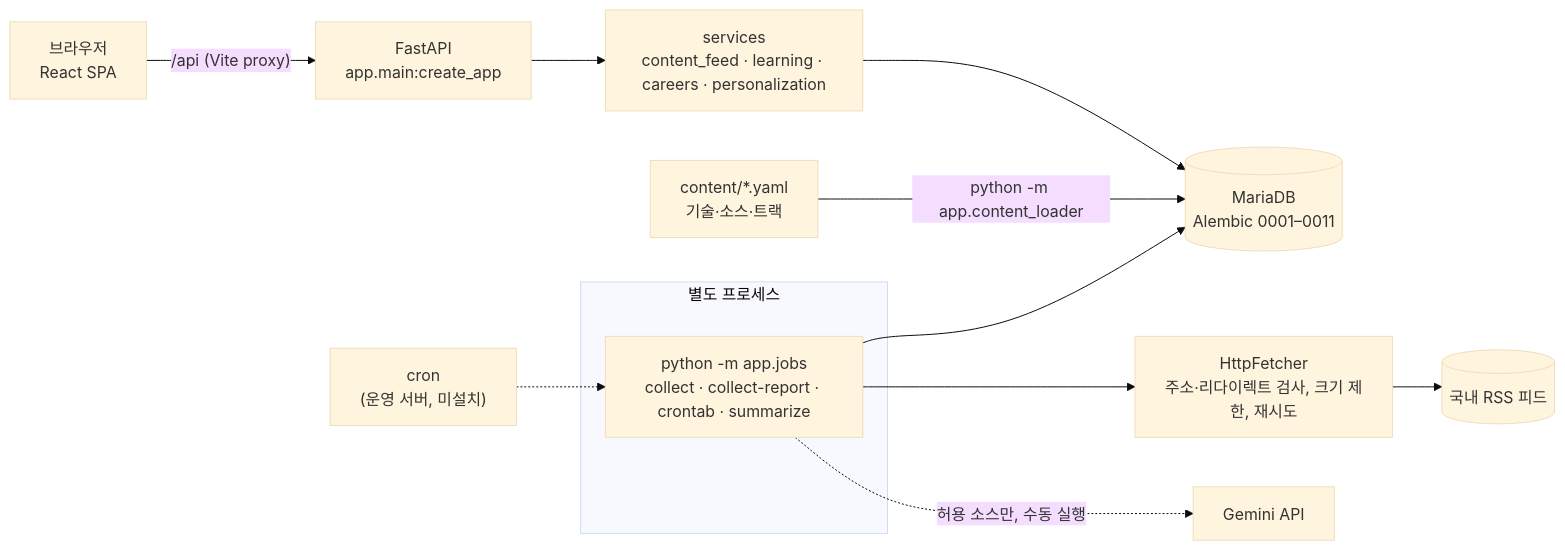
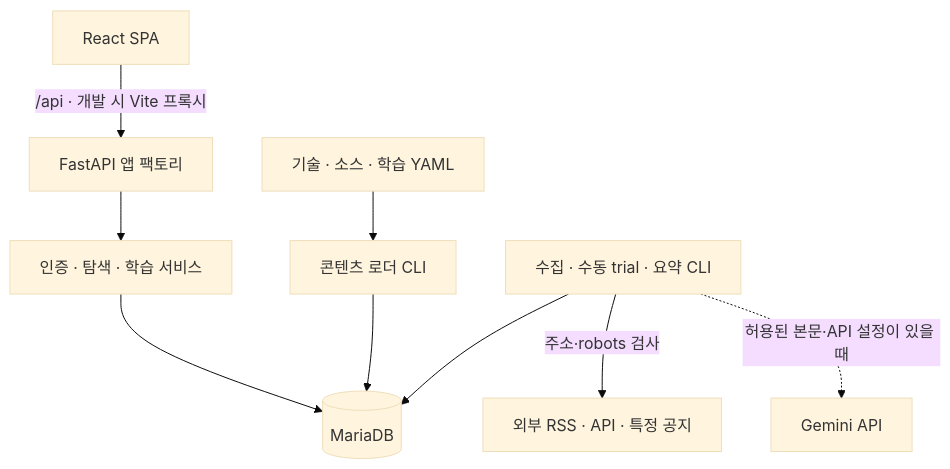
The diagram in README.md (jinhansol/IT-Trend-Fusionb-server), drawn with Mermaid (base theme) before and after one commit. The commit also changed other lines of this file, not shown here.

````diff
--- a/README.md
+++ b/README.md
@@ -67,15 +60,11 @@
 ```mermaid
-flowchart LR
-  B["브라우저<br/>React SPA"] -- "/api (Vite proxy)" --> API["FastAPI<br/>app.main:create_app"]
-  API --> SVC["services<br/>content_feed · learning · careers · personalization"]
-  SVC --> DB[("MariaDB<br/>Alembic 0001–0011")]
-  Y["content/*.yaml<br/>기술·소스·트랙"] -- "python -m app.content_loader" --> DB
-  CRON["cron<br/>(운영 서버, 미설치)"] -.-> JOB
-  subgraph JOB_P["별도 프로세스"]
-    JOB["python -m app.jobs<br/>collect · collect-report · crontab · summarize"]
-  end
-  JOB --> F["HttpFetcher<br/>주소·리다이렉트 검사, 크기 제한, 재시도"]
-  F --> RSS[("국내 RSS 피드")]
-  JOB --> DB
-  JOB -. "허용 소스만, 수동 실행" .-> G["Gemini API"]
+flowchart TD
+  Browser["React SPA"] -->|"/api · 개발 시 Vite 프록시"| API["FastAPI 앱 팩토리"]
+  API --> Services["인증 · 탐색 · 학습 서비스"]
+  Services --> DB[("MariaDB")]
+  YAML["기술 · 소스 · 학습 YAML"] --> Loader["콘텐츠 로더 CLI"]
+  Loader --> DB
+  Jobs["수집 · 수동 trial · 요약 CLI"] -->|"주소·robots 검사"| HTTP["외부 RSS · API · 특정 공지"]
+  Jobs --> DB
+  Jobs -. "허용된 본문·API 설정이 있을 때" .-> Gemini["Gemini API"]
 ```
````
